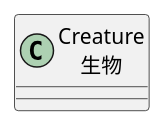
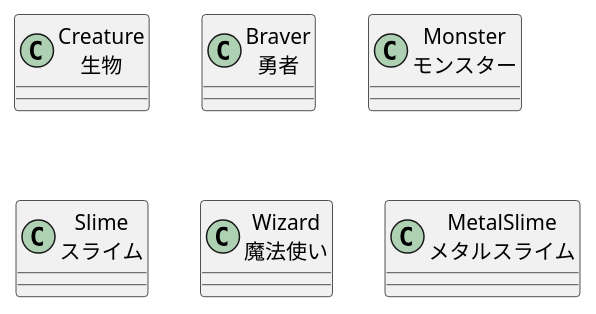
The diagram in classes.md (nishino-naoyuki/2021design), drawn with PlantUML before and after one commit.

````diff
--- a/classes.md
+++ b/classes.md
@@ -1,6 +1,16 @@
 ```UML
 @startuml
 class "Creature\n生物" as creature{
 }
+class "Braver\n勇者" as braver{
+}
+class "Monster\nモンスター" as monster{
+}
+class "Slime\nスライム" as slime{
+}
+class "Wizard\n魔法使い" as wizard{
+}
+class "MetalSlime\nメタルスライム" as metalSlime{
+}
 @enduml
 ```
````
